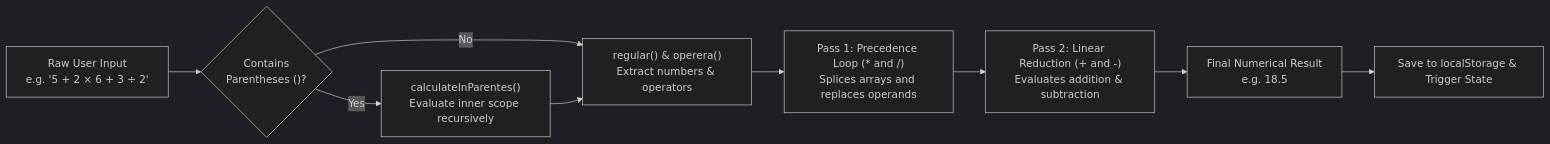
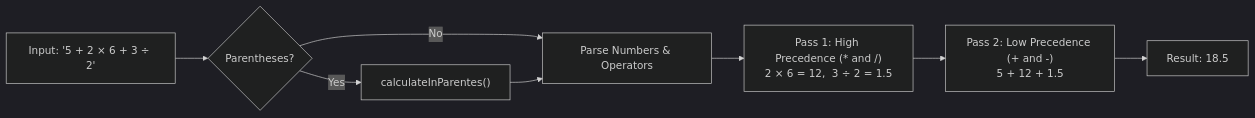
The second of 3 diagrams in README.md (DragonXRX/calculator), drawn with Mermaid (dark theme) before and after one commit. The commit also changed other lines of this file and 1 other file, not shown here.

````diff
--- a/README.md
+++ b/README.md
@@ -143,13 +94,11 @@
 ```mermaid
 flowchart LR
-    A["Raw User Input<br/>e.g. '5 + 2 × 6 + 3 ÷ 2'"] --> B{"Contains<br/>Parentheses ()?"}
+    In["Input: '5 + 2 × 6 + 3 ÷ 2'"] --> Par{"Parentheses?"}
+    Par -- Yes --> ResPar["calculateInParentes()"]
+    Par -- No --> Parse["Parse Numbers & Operators"]
+    ResPar --> Parse
     
-    B -- Yes --> C["calculateInParentes()<br/>Evaluate inner scope recursively"]
-    B -- No --> D["regular() & operera()<br/>Extract numbers & operators"]
-    C --> D
-    
-    D --> E["Pass 1: Precedence Loop (* and /)<br/>Splices arrays and replaces operands"]
-    E --> F["Pass 2: Linear Reduction (+ and -)<br/>Evaluates addition & subtraction"]
-    F --> G["Final Numerical Result<br/>e.g. 18.5"]
-    G --> H["Save to localStorage & Trigger State"]
+    Parse --> Pass1["Pass 1: High Precedence (* and /)<br/>2 × 6 = 12,  3 ÷ 2 = 1.5"]
+    Pass1 --> Pass2["Pass 2: Low Precedence (+ and -)<br/>5 + 12 + 1.5"]
+    Pass2 --> Out["Result: 18.5"]
 ```
````
